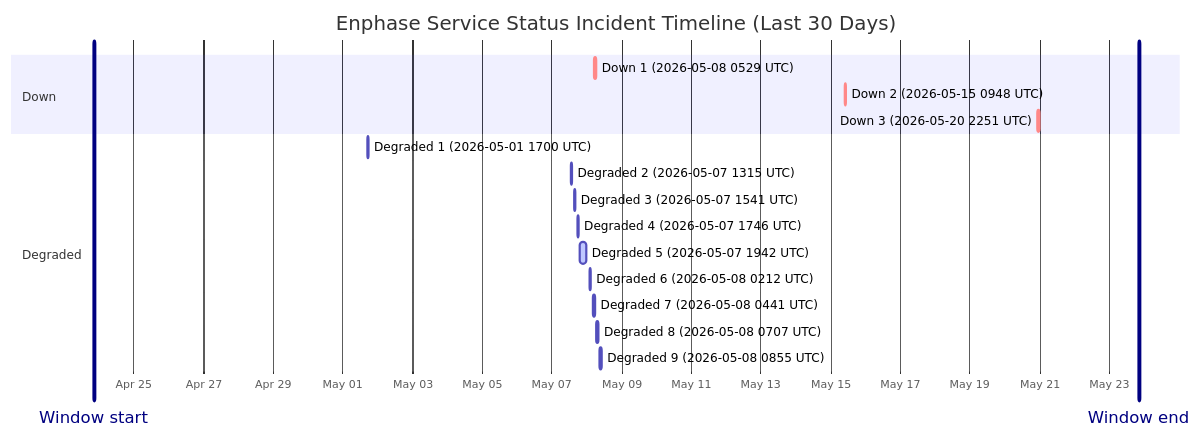
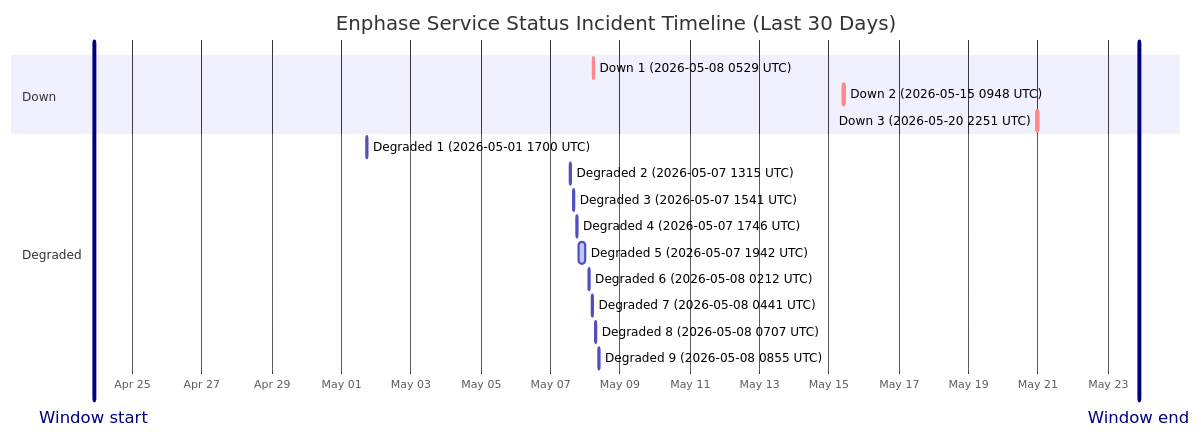
Before and after one commit to barneyonline/ha-enphase-ev-charger: the diagram in wiki/Service-Status-History.md, drawn with Mermaid. The commit also changed other lines of this file and 3 other files, not shown here.

````diff
--- a/wiki/Service-Status-History.md
+++ b/wiki/Service-Status-History.md
@@ -14,22 +14,22 @@
 ```mermaid
 gantt
     title Enphase Service Status Incident Timeline (Last 30 Days)
     dateFormat  YYYY-MM-DDTHH:mm:ss
     axisFormat  %b %d
-    Window start :vert, window-start, 2026-04-23T20:25:10, 0ms
-    Window end :vert, window-end, 2026-05-23T20:25:10, 0ms
+    Window start :vert, window-start, 2026-04-23T21:25:30, 0ms
+    Window end :vert, window-end, 2026-05-23T21:25:30, 0ms
     section Down
     Down 1 (2026-05-08 0529 UTC) :crit, down-1, 2026-05-08T05:29:47, 60m
     Down 2 (2026-05-15 0948 UTC) :crit, down-2, 2026-05-15T09:48:18, 60m
     Down 3 (2026-05-20 2251 UTC) :crit, down-3, 2026-05-20T22:51:14, 75m
     section Degraded
     Degraded 1 (2026-05-01 1700 UTC) :active, degraded-1, 2026-05-01T17:00:22, 60m
     Degraded 2 (2026-05-07 1315 UTC) :active, degraded-2, 2026-05-07T13:15:25, 60m
     Degraded 3 (2026-05-07 1541 UTC) :active, degraded-3, 2026-05-07T15:41:58, 60m
     Degraded 4 (2026-05-07 1746 UTC) :active, degraded-4, 2026-05-07T17:46:51, 60m
     Degraded 5 (2026-05-07 1942 UTC) :active, degraded-5, 2026-05-07T19:42:10, 249m
     Degraded 6 (2026-05-08 0212 UTC) :active, degraded-6, 2026-05-08T02:12:39, 60m
     Degraded 7 (2026-05-08 0441 UTC) :active, degraded-7, 2026-05-08T04:41:46, 60m
     Degraded 8 (2026-05-08 0707 UTC) :active, degraded-8, 2026-05-08T07:07:30, 60m
     Degraded 9 (2026-05-08 0855 UTC) :active, degraded-9, 2026-05-08T08:55:20, 88m
 ```
````
